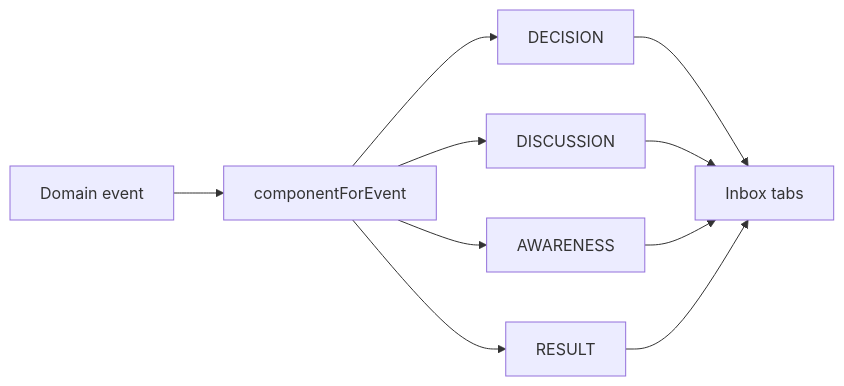
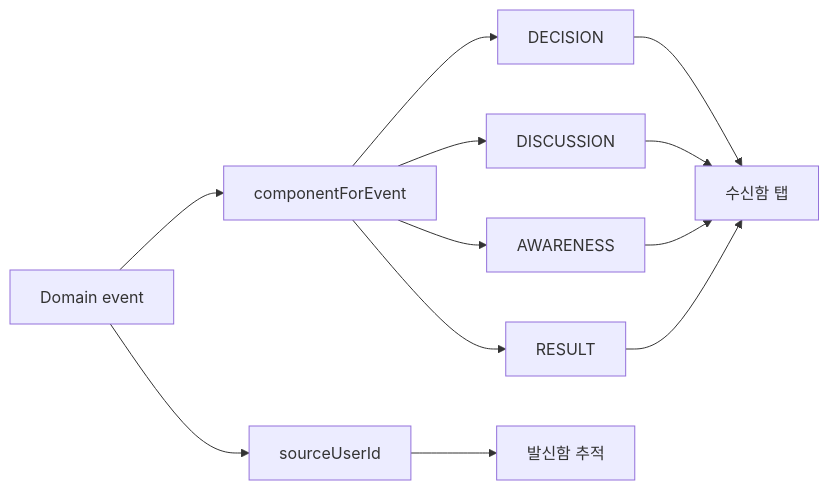
Before and after one commit to claire-yunsumin/test: the sixth of 6 diagrams in docs/ACTION_FLOWS.md, drawn with Mermaid. The commit also changed other lines of this file and 18 other files, not shown here.

````diff
--- a/docs/ACTION_FLOWS.md
+++ b/docs/ACTION_FLOWS.md
@@ -74,12 +78,14 @@
 ```mermaid
 flowchart LR
   A[Domain event] --> B[componentForEvent]
   B --> C[DECISION]
   B --> D[DISCUSSION]
   B --> E[AWARENESS]
   B --> F[RESULT]
-  C --> G[Inbox tabs]
+  C --> G[수신함 탭]
   D --> G
   E --> G
   F --> G
+  A --> H[sourceUserId]
+  H --> I[발신함 추적]
 ```
````
